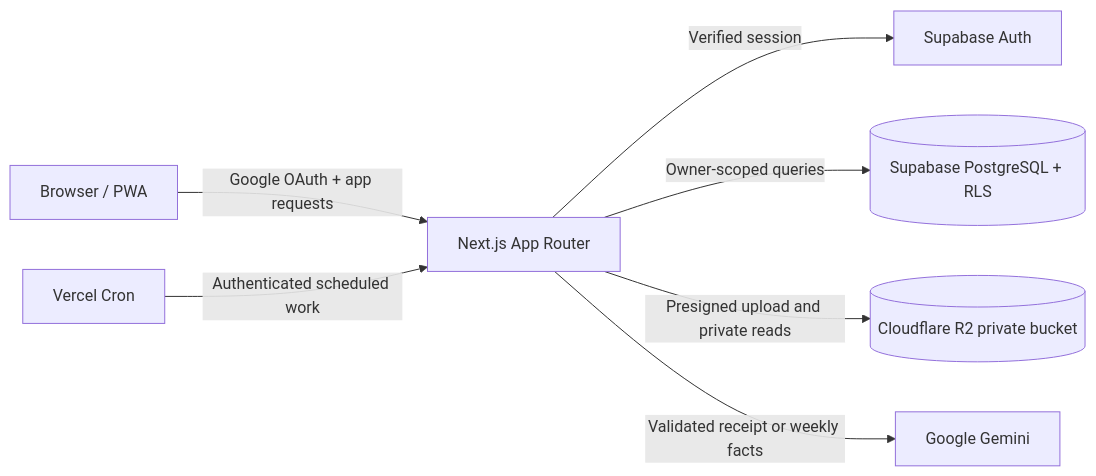
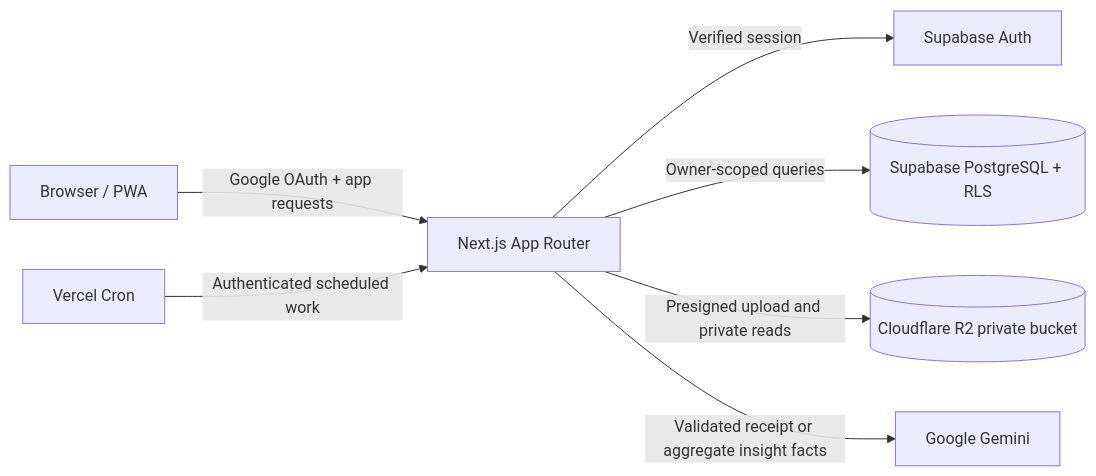
The diagram in README.md (mariosianturi19/fintrack-ai), drawn with Mermaid before and after one commit. The commit also changed other lines of this file and 47 other files, not shown here.

````diff
--- a/README.md
+++ b/README.md
@@ -87,17 +99,17 @@
 ```mermaid
 flowchart LR
     User[Browser / PWA]
     App[Next.js App Router]
     Auth[Supabase Auth]
     DB[(Supabase PostgreSQL + RLS)]
     Storage[(Cloudflare R2 private bucket)]
     AI[Google Gemini]
     Cron[Vercel Cron]
 
     User -->|Google OAuth + app requests| App
     App -->|Verified session| Auth
     App -->|Owner-scoped queries| DB
     App -->|Presigned upload and private reads| Storage
-    App -->|Validated receipt or weekly facts| AI
+    App -->|Validated receipt or aggregate insight facts| AI
     Cron -->|Authenticated scheduled work| App
 ```
````
